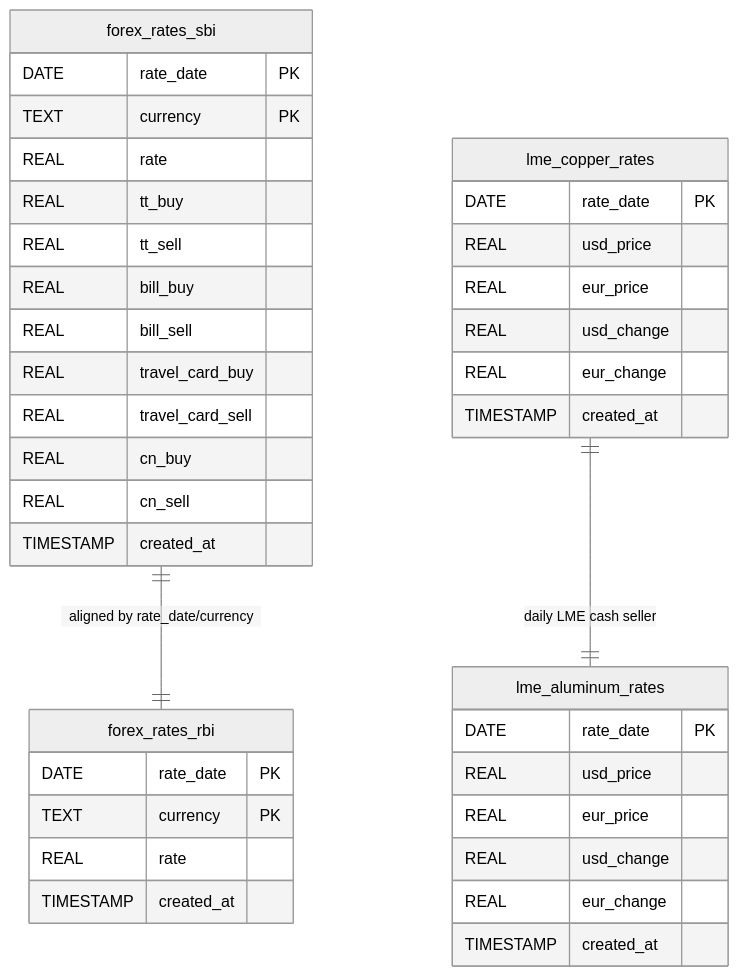
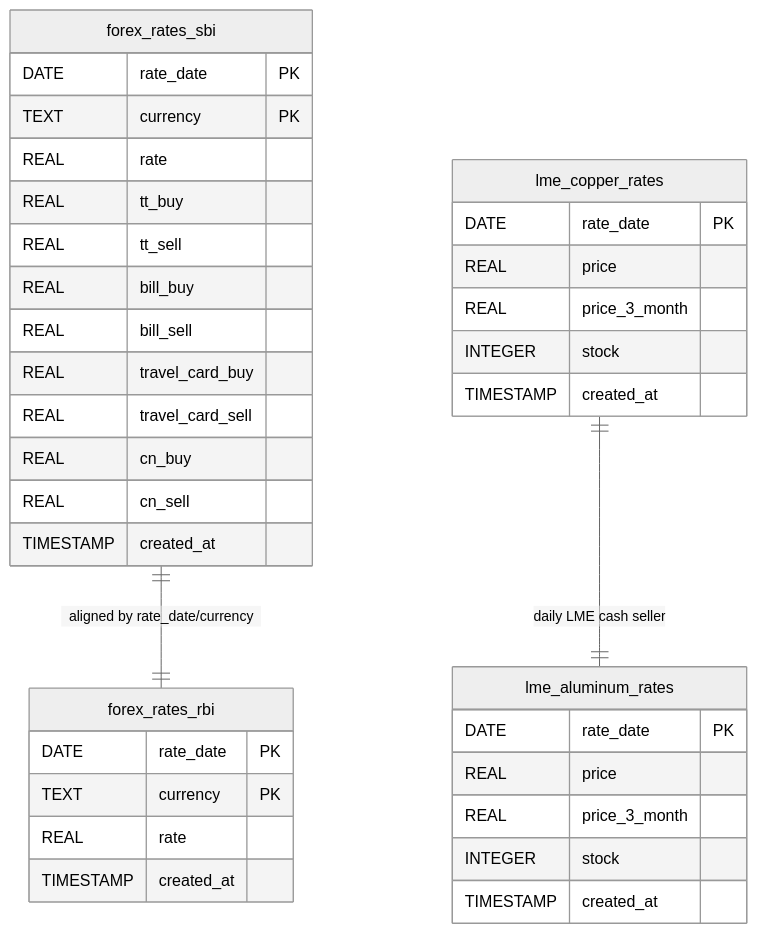
The diagram in README.md (vindagollc/fx-bharat), drawn with Mermaid (neutral theme) before and after one commit. The commit also changed 6 other files, not shown here.

Commit message:
Align LME schemas with price and stock columns

````diff
--- a/README.md
+++ b/README.md
@@ -168,41 +168,39 @@
 ```mermaid
 erDiagram
     forex_rates_rbi {
         DATE rate_date PK
         TEXT currency PK
         REAL rate
         TIMESTAMP created_at
     }
     forex_rates_sbi {
         DATE rate_date PK
         TEXT currency PK
         REAL rate
         REAL tt_buy
         REAL tt_sell
         REAL bill_buy
         REAL bill_sell
         REAL travel_card_buy
         REAL travel_card_sell
         REAL cn_buy
         REAL cn_sell
         TIMESTAMP created_at
     }
     lme_copper_rates {
         DATE rate_date PK
-        REAL usd_price
-        REAL eur_price
-        REAL usd_change
-        REAL eur_change
+        REAL price
+        REAL price_3_month
+        INTEGER stock
         TIMESTAMP created_at
     }
     lme_aluminum_rates {
         DATE rate_date PK
-        REAL usd_price
-        REAL eur_price
-        REAL usd_change
-        REAL eur_change
+        REAL price
+        REAL price_3_month
+        INTEGER stock
         TIMESTAMP created_at
     }
     forex_rates_sbi ||--|| forex_rates_rbi : "aligned by rate_date/currency"
     lme_copper_rates ||--|| lme_aluminum_rates : "daily LME cash seller"
 ```
````
